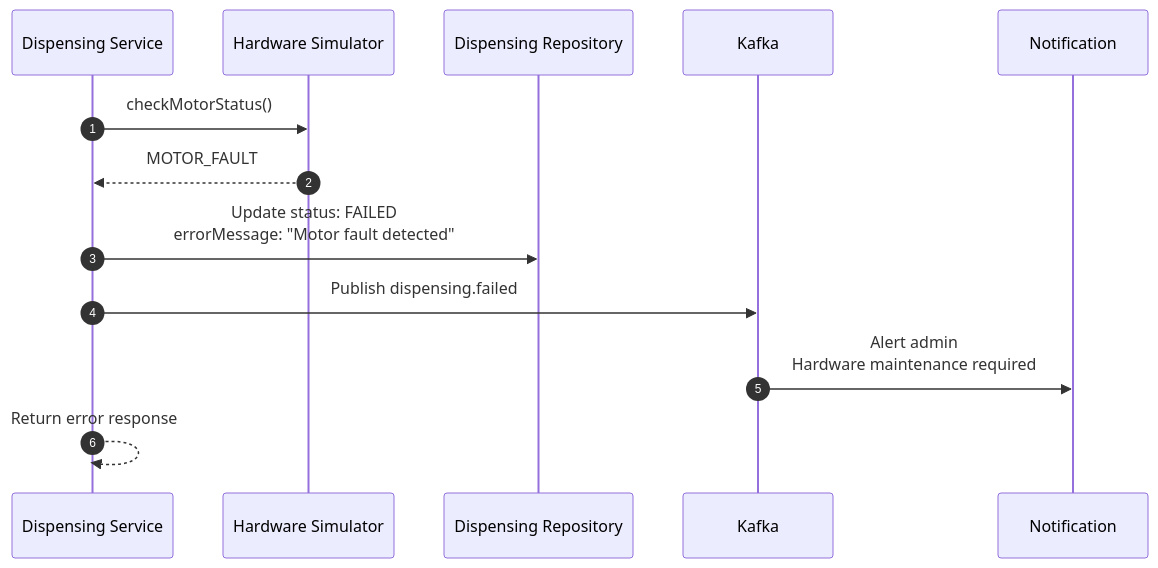
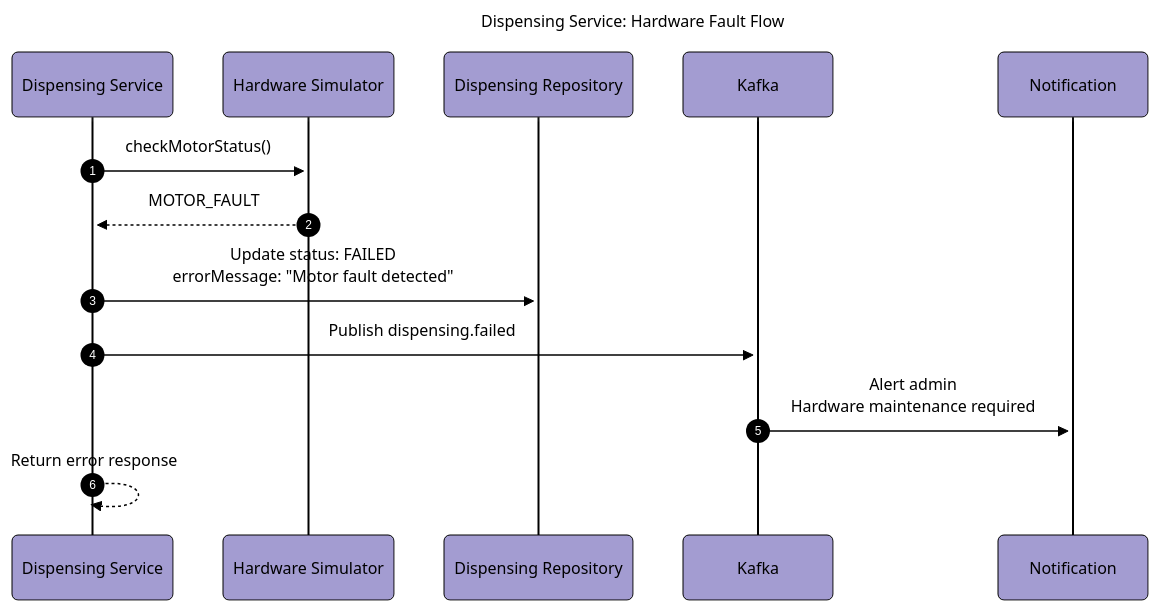
One commit to BrunoGil-AS/Vending-Machine-Microservices changed the seventh of 8 diagrams in Documentation/diagrams/dispensing-service.md. Above: the diagram before and after it, drawn with Mermaid. The commit also changed other lines of this file and 7 other files, not shown here.

Commit message:
docs: Update service diagrams with new configurations and titles

````diff
--- a/Documentation/diagrams/dispensing-service.md
+++ b/Documentation/diagrams/dispensing-service.md
@@ -281,19 +365,33 @@
 ```mermaid
+---
+config:
+  theme: base
+  themeVariables:
+    primaryColor: '#a39cd1ff'
+    primaryTextColor: '#000000'
+    secondaryTextColor: '#ffffffff'
+    primaryBorderColor: '#000000'
+    lineColor: '#000000ff'
+    secondaryColor: '#90b590ff'
+    tertiaryColor: '#f9f6a1ff'
+  look: neo
+title: 'Dispensing Service: Hardware Fault Flow'
+---
 sequenceDiagram
     autonumber
     participant Service as Dispensing Service
     participant Simulator as Hardware Simulator
     participant Repo as Dispensing Repository
     participant Kafka
     participant Notification
 
     Service->>Simulator: checkMotorStatus()
     Simulator-->>Service: MOTOR_FAULT
 
     Service->>Repo: Update status: FAILED<br/>errorMessage: "Motor fault detected"
     Service->>Kafka: Publish dispensing.failed
 
     Kafka->>Notification: Alert admin<br/>Hardware maintenance required
 
     Service-->>Service: Return error response
 ```
````
